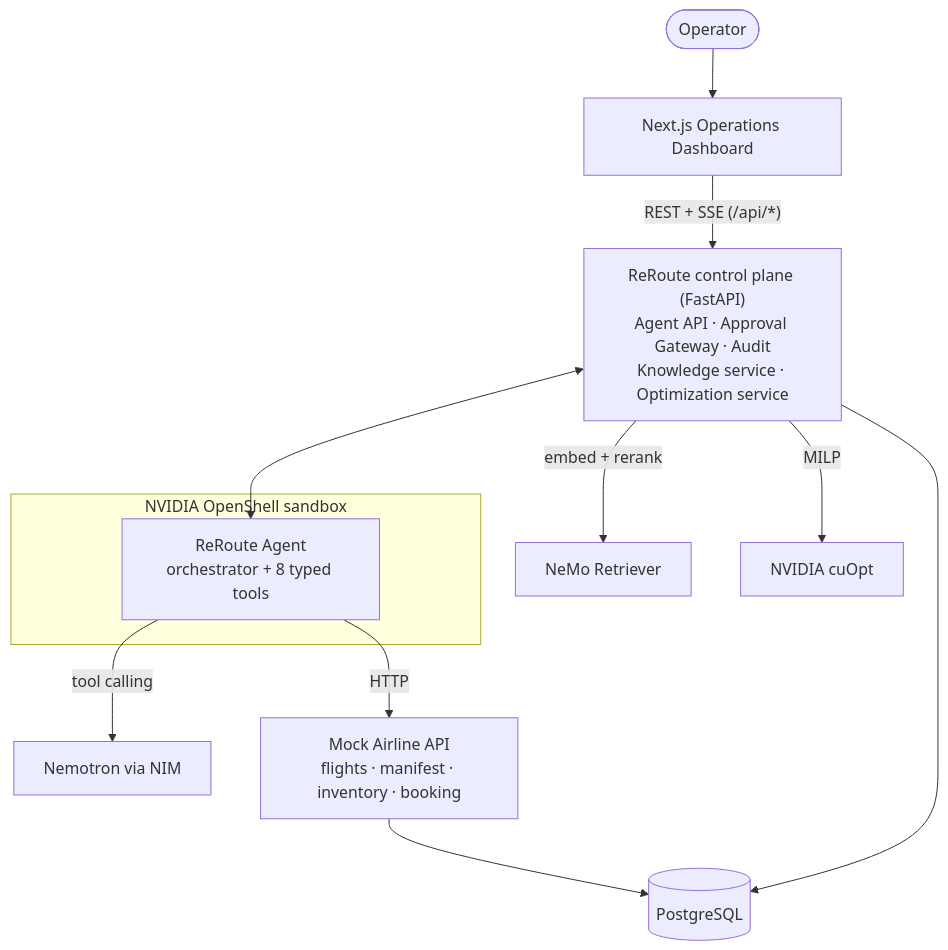
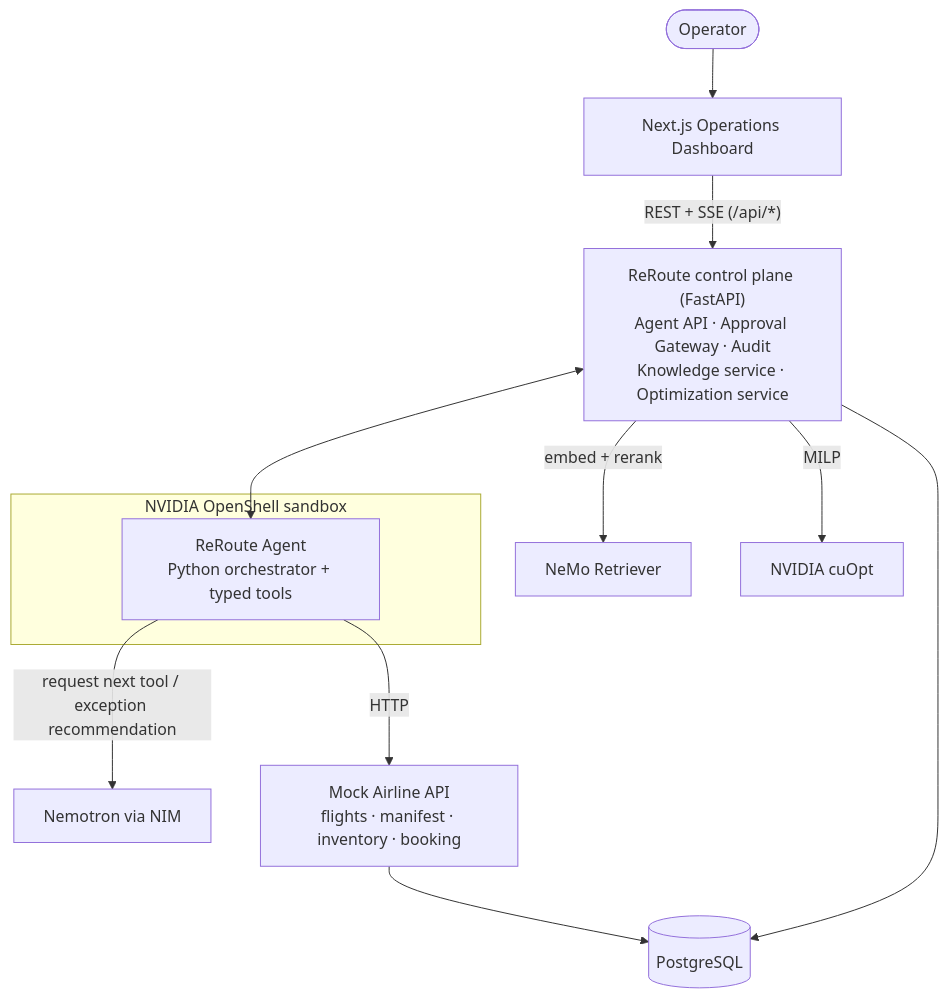
Before and after one commit to hyunolike/reroute-irops-agent: the second of 6 diagrams in README.en.md, drawn with Mermaid. The commit also changed other lines of this file and 2 other files, not shown here.

Commit message:
docs: add 3D architecture and self-hosted GPU inference guide (#16)

````diff
--- a/README.en.md
+++ b/README.en.md
@@ -120,15 +128,15 @@
 ```mermaid
 flowchart TB
     op([Operator]) --> web["Next.js Operations Dashboard"]
     web -- "REST + SSE (/api/*)" --> cp["ReRoute control plane (FastAPI)<br/>Agent API · Approval Gateway · Audit<br/>Knowledge service · Optimization service"]
     subgraph sandbox["NVIDIA OpenShell sandbox"]
-        agent["ReRoute Agent<br/>orchestrator + 8 typed tools"]
+        agent["ReRoute Agent<br/>Python orchestrator + typed tools"]
     end
     cp <--> agent
-    agent -- "tool calling" --> nim["Nemotron via NIM"]
+    agent -- "request next tool / exception recommendation" --> nim["Nemotron via NIM"]
     agent -- HTTP --> airline["Mock Airline API<br/>flights · manifest · inventory · booking"]
     cp -- "embed + rerank" --> ret["NeMo Retriever"]
     cp -- MILP --> cuopt["NVIDIA cuOpt"]
     cp --> db[(PostgreSQL)]
     airline --> db
 ```
````
